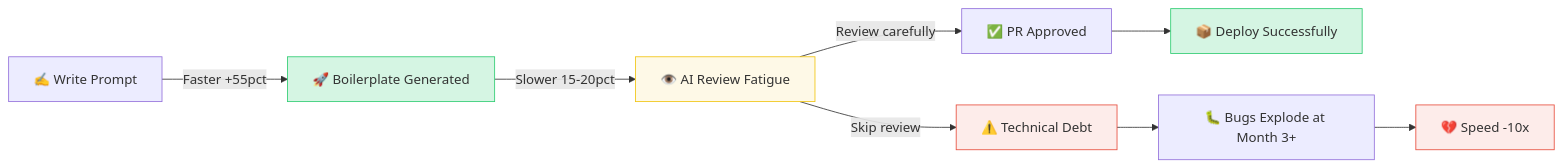
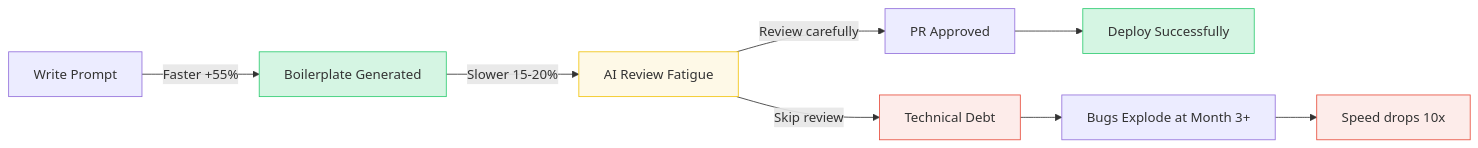
One commit to vesviet/vesviet changed the diagram in content/series/ai-driven-engineer/part-3-the-10x-productivity-reality.md. Above: the diagram before and after it, drawn with Mermaid. The commit also changed 6 other files, not shown here.

````diff
--- a/content/series/ai-driven-engineer/part-3-the-10x-productivity-reality.md
+++ b/content/series/ai-driven-engineer/part-3-the-10x-productivity-reality.md
@@ -29,16 +29,16 @@
 ```mermaid
 graph LR
-    A["✍️ Write Prompt"] -->|Faster +55pct| B["🚀 Boilerplate Generated"]
-    B -->|Slower 15-20pct| C["👁️ AI Review Fatigue"]
-    C -->|Skip review| D["⚠️ Technical Debt"]
-    C -->|Review carefully| E["✅ PR Approved"]
-    E --> F["📦 Deploy Successfully"]
-    D --> G["🐛 Bugs Explode at Month 3+"]
-    G --> H["💔 Speed -10x"]
+    A[Write Prompt] -->|"Faster +55%"| B[Boilerplate Generated]
+    B -->|"Slower 15-20%"| C[AI Review Fatigue]
+    C -->|Skip review| D[Technical Debt]
+    C -->|Review carefully| E[PR Approved]
+    E --> F[Deploy Successfully]
+    D --> G[Bugs Explode at Month 3+]
+    G --> H[Speed drops 10x]
 
     style B fill:#d5f5e3,stroke:#2ecc71
     style C fill:#fef9e7,stroke:#f1c40f
     style D fill:#fdecea,stroke:#e74c3c
     style H fill:#fdecea,stroke:#e74c3c
     style F fill:#d5f5e3,stroke:#2ecc71
 ```
````
